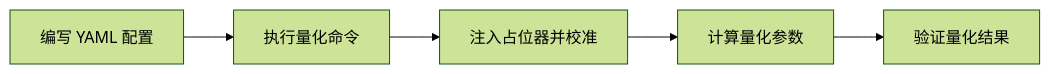
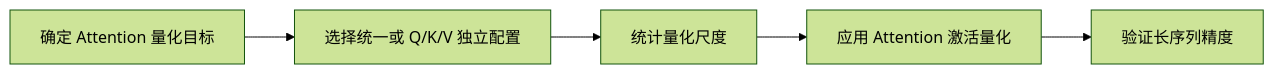
The diagram in msmodelslim/docs/zh/knowledge_base/quantization_algorithms/fa3_quant/usage_fa3_quant.md (mindstudio-docs/master), drawn with Mermaid (forest theme) before and after one commit. The commit also changed other lines of this file and 73 other files, not shown here.

````diff
--- a/msmodelslim/docs/zh/knowledge_base/quantization_algorithms/fa3_quant/usage_fa3_quant.md
+++ b/msmodelslim/docs/zh/knowledge_base/quantization_algorithms/fa3_quant/usage_fa3_quant.md
@@ -42,7 +24,7 @@
 ```mermaid
 flowchart LR
-    A[编写 YAML 配置] --> B[执行量化命令]
-    B --> C[注入占位器并校准]
-    C --> D[计算量化参数]
-    D --> E[验证量化结果]
+    A[确定 Attention 量化目标] --> B[选择统一或 Q/K/V 独立配置]
+    B[选择统一或 Q/K/V 独立配置] --> C[统计量化尺度]
+    C[统计量化尺度] --> D[应用 Attention 激活量化]
+    D[应用 Attention 激活量化] --> E[验证长序列精度]
 ```
````
